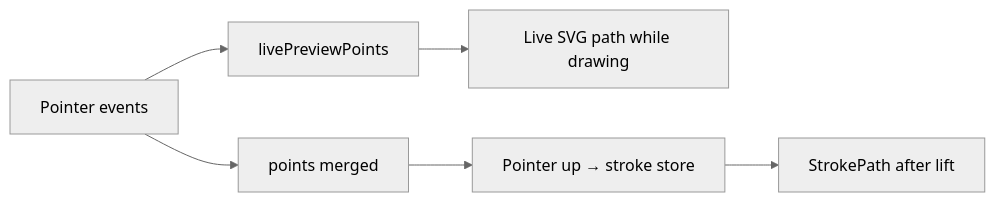
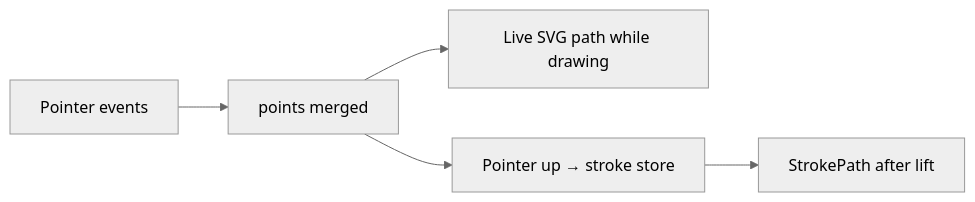
The first of 4 diagrams in docs/ink-canvas-live-drawing.md (daledesilva/obsidian_ink), drawn with Mermaid (neutral theme) before and after one commit. The commit also changed other lines of this file and 9 other files, not shown here.

Commit message:
Fix disparity between final line and live drawing line

````diff
--- a/docs/ink-canvas-live-drawing.md
+++ b/docs/ink-canvas-live-drawing.md
@@ -25,8 +26,7 @@
 ```mermaid
 flowchart LR
-  Pen[Pointer events] --> LivePts[livePreviewPoints]
-  Pen --> StorePts[points merged]
-  LivePts --> LivePath["Live SVG path while drawing"]
+  Pen[Pointer events] --> StorePts[points merged]
+  StorePts --> LivePath["Live SVG path while drawing"]
   StorePts --> OnUp[Pointer up → stroke store]
   OnUp --> Committed["StrokePath after lift"]
 ```
````
